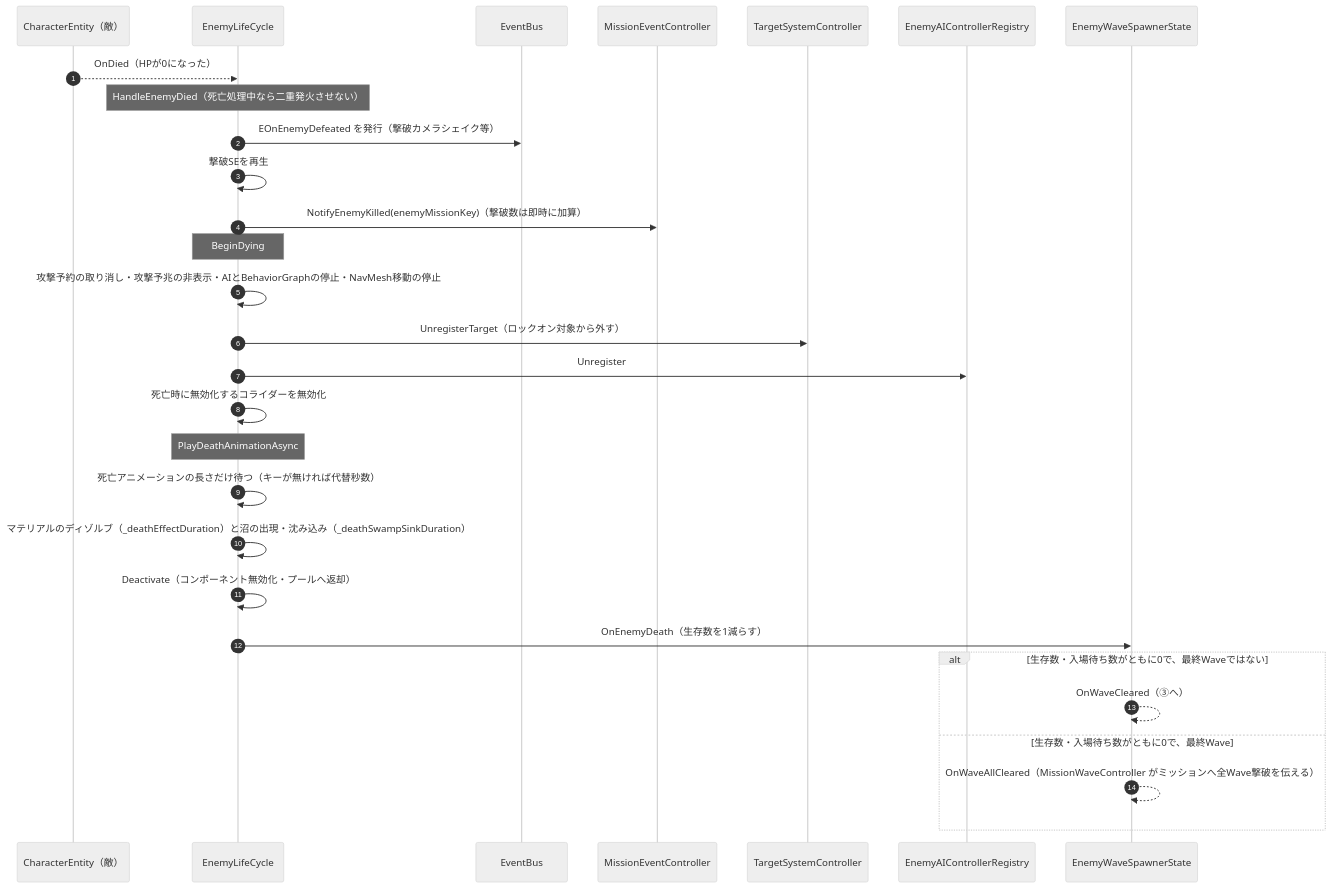
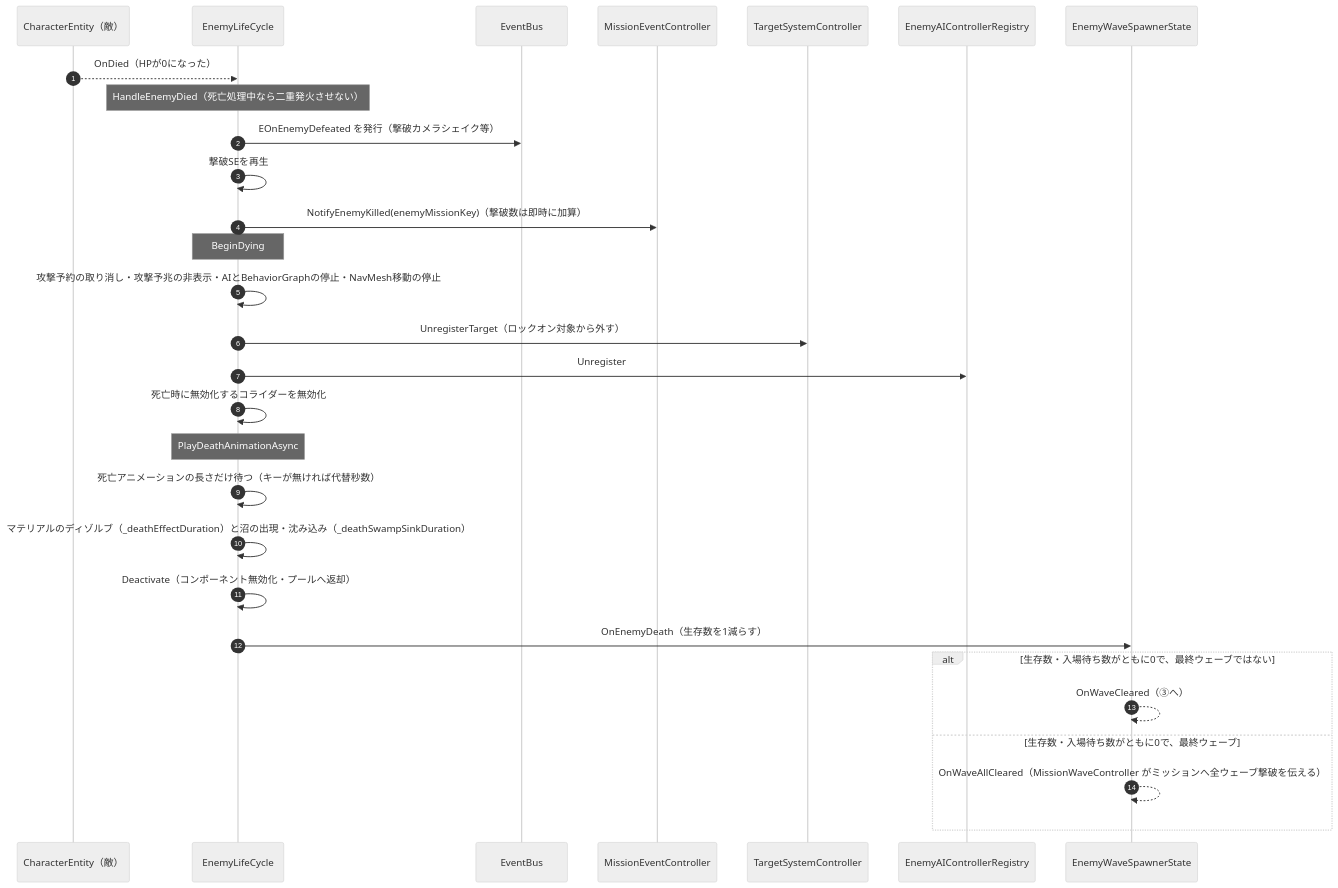
Before and after one commit to HIBIKI5201/SymphonyKillChord: the second of 2 diagrams in Docs/NotionMigration/pages/A2b/3957c2c6-cc02-80cd-94c0-f412b11ffcf7.md, drawn with Mermaid (neutral theme). The commit also changed other lines of this file and 175 other files, not shown here.

````diff
--- a/Docs/NotionMigration/pages/A2b/3957c2c6-cc02-80cd-94c0-f412b11ffcf7.md
+++ b/Docs/NotionMigration/pages/A2b/3957c2c6-cc02-80cd-94c0-f412b11ffcf7.md
@@ -270,32 +276,32 @@
 ```mermaid
 sequenceDiagram
     autonumber
     participant Entity as CharacterEntity（敵）
     participant Life as EnemyLifeCycle
     participant Bus as EventBus
     participant Mission as MissionEventController
     participant Target as TargetSystemController
     participant Registry as EnemyAIControllerRegistry
     participant WState as EnemyWaveSpawnerState
 
     Entity -->> Life: OnDied（HPが0になった）
     Note over Life: HandleEnemyDied（死亡処理中なら二重発火させない）
     Life ->> Bus: EOnEnemyDefeated を発行（撃破カメラシェイク等）
     Life ->> Life: 撃破SEを再生
     Life ->> Mission: NotifyEnemyKilled(enemyMissionKey)（撃破数は即時に加算）
     Note over Life: BeginDying
     Life ->> Life: 攻撃予約の取り消し・攻撃予兆の非表示・AIとBehaviorGraphの停止・NavMesh移動の停止
     Life ->> Target: UnregisterTarget（ロックオン対象から外す）
     Life ->> Registry: Unregister
     Life ->> Life: 死亡時に無効化するコライダーを無効化
     Note over Life: PlayDeathAnimationAsync
     Life ->> Life: 死亡アニメーションの長さだけ待つ（キーが無ければ代替秒数）
     Life ->> Life: マテリアルのディゾルブ（_deathEffectDuration）と沼の出現・沈み込み（_deathSwampSinkDuration）
     Life ->> Life: Deactivate（コンポーネント無効化・プールへ返却）
     Life ->> WState: OnEnemyDeath（生存数を1減らす）
-    alt 生存数・入場待ち数がともに0で、最終Waveではない
+    alt 生存数・入場待ち数がともに0で、最終ウェーブではない
         WState -->> WState: OnWaveCleared（③へ）
-    else 生存数・入場待ち数がともに0で、最終Wave
-        WState -->> WState: OnWaveAllCleared（MissionWaveController がミッションへ全Wave撃破を伝える）
+    else 生存数・入場待ち数がともに0で、最終ウェーブ
+        WState -->> WState: OnWaveAllCleared（MissionWaveController がミッションへ全ウェーブ撃破を伝える）
     end
 ```
````
